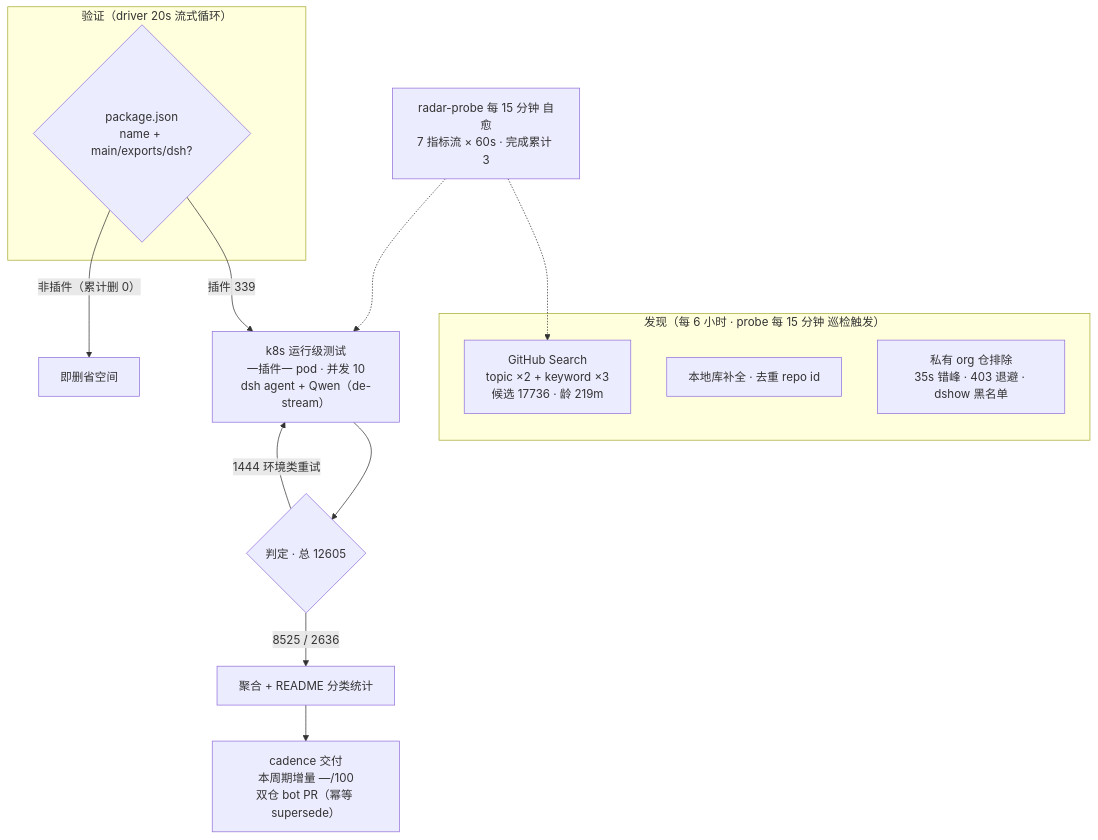
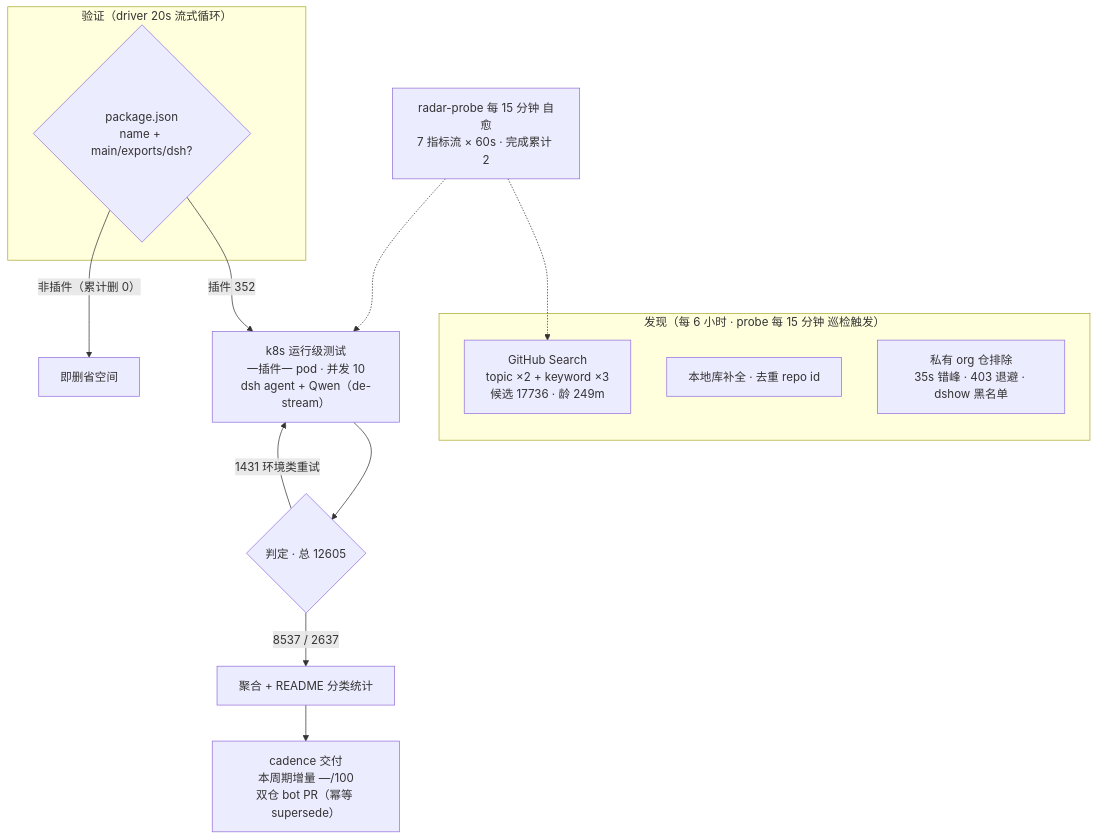
Before and after one commit to AdamPlatin123/awesome-dsh-plugins: the diagram in README.md, drawn with Mermaid. The commit also changed other lines of this file and 5 other files, not shown here.

````diff
--- a/README.md
+++ b/README.md
@@ -52,20 +52,20 @@
 ```mermaid
 flowchart TB
     subgraph Discovery["发现（每 6 小时 · probe 每 15 分钟 巡检触发）"]
-        A1["GitHub Search<br/>topic ×2 + keyword ×3<br/>候选 17736 · 龄 219m"]
+        A1["GitHub Search<br/>topic ×2 + keyword ×3<br/>候选 17736 · 龄 249m"]
         A2["本地库补全 · 去重 repo id"]
         A3["私有 org 仓排除<br/>35s 错峰 · 403 退避 · dshow 黑名单"]
     end
     subgraph Validation["验证（driver 20s 流式循环）"]
         B1{"package.json<br/>name + main/exports/dsh?"}
     end
-    B1 -->|"插件 339"| C1["k8s 运行级测试<br/>一插件一 pod · 并发 10<br/>dsh agent + Qwen（de-stream）"]
+    B1 -->|"插件 352"| C1["k8s 运行级测试<br/>一插件一 pod · 并发 10<br/>dsh agent + Qwen（de-stream）"]
     B1 -->|"非插件（累计删 0）"| B3["即删省空间"]
     C1 --> D1{"判定 · 总 12605"}
-    D1 -->|"8525 / 2636"| E1["聚合 + README 分类统计"]
-    D1 -->|"1444 环境类重试"| C1
+    D1 -->|"8537 / 2637"| E1["聚合 + README 分类统计"]
+    D1 -->|"1431 环境类重试"| C1
     E1 --> E2["cadence 交付<br/>本周期增量 —/100<br/>双仓 bot PR（幂等 supersede）"]
-    M["radar-probe 每 15 分钟 自愈<br/>7 指标流 × 60s · 完成累计 3"]
+    M["radar-probe 每 15 分钟 自愈<br/>7 指标流 × 60s · 完成累计 2"]
     M -.-> A1
     M -.-> C1
 ```
````
